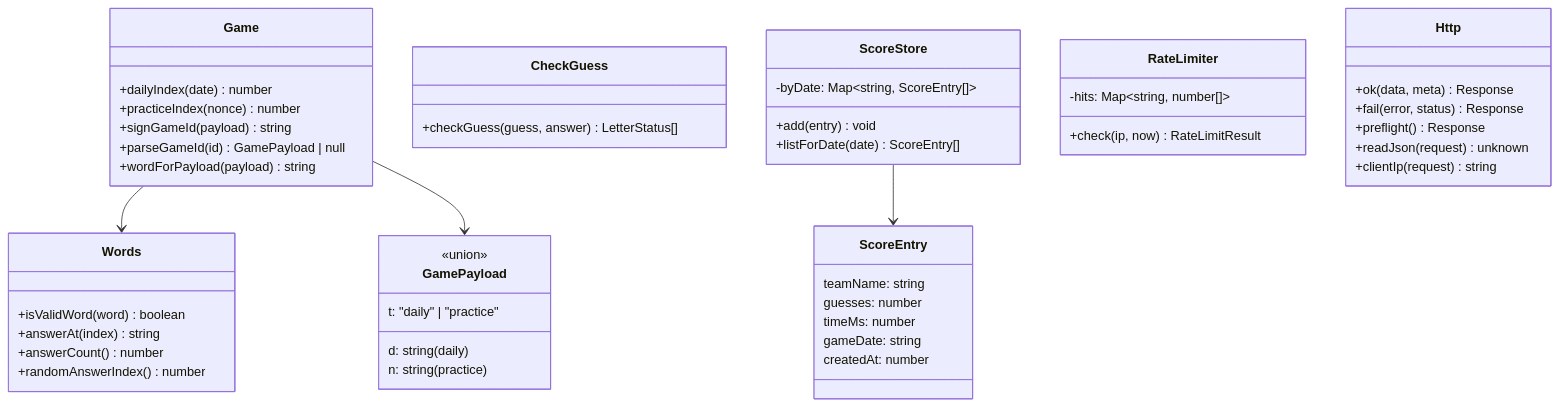
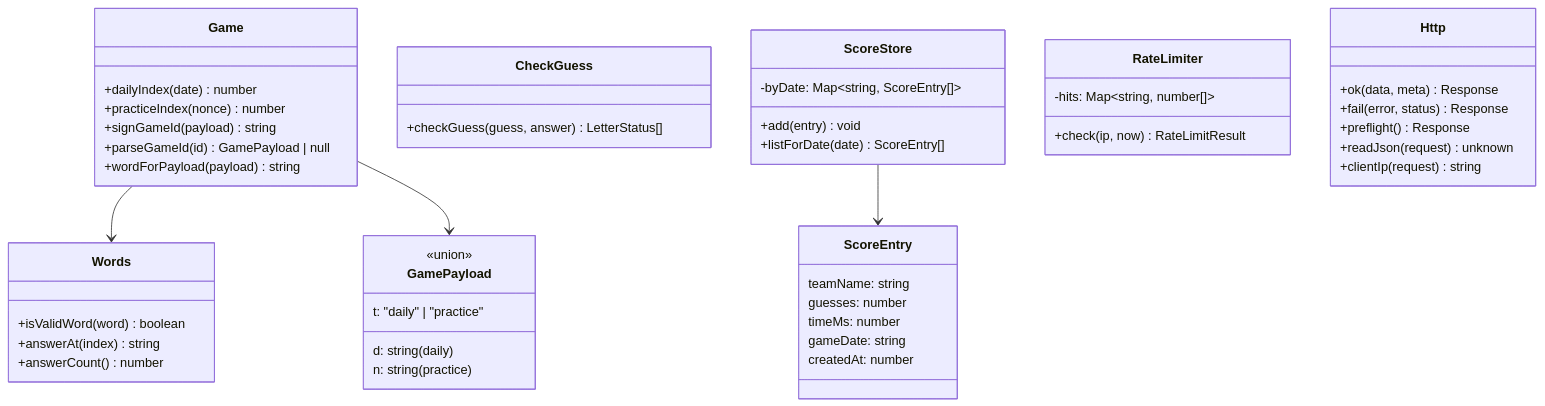
One commit to molindemol/sitWordleApi changed the diagram in specs/classDiagram.md. Above: the diagram before and after it, drawn with Mermaid. The commit also changed 3 other files, not shown here.

````diff
--- a/specs/classDiagram.md
+++ b/specs/classDiagram.md
@@ -3,51 +3,50 @@
 ```mermaid
 classDiagram
   class GamePayload {
     <<union>>
     t: "daily" | "practice"
     d: string (daily)
     n: string (practice)
   }
   class Game {
     +dailyIndex(date) number
     +practiceIndex(nonce) number
     +signGameId(payload) string
     +parseGameId(id) GamePayload | null
     +wordForPayload(payload) string
   }
   class Words {
     +isValidWord(word) boolean
     +answerAt(index) string
     +answerCount() number
-    +randomAnswerIndex() number
   }
   class CheckGuess {
     +checkGuess(guess, answer) LetterStatus[]
   }
   class ScoreEntry {
     teamName: string
     guesses: number
     timeMs: number
     gameDate: string
     createdAt: number
   }
   class ScoreStore {
     -byDate: Map~string, ScoreEntry[]~
     +add(entry) void
     +listForDate(date) ScoreEntry[]
   }
   class RateLimiter {
     -hits: Map~string, number[]~
     +check(ip, now) RateLimitResult
   }
   class Http {
     +ok(data, meta) Response
     +fail(error, status) Response
     +preflight() Response
     +readJson(request) unknown
     +clientIp(request) string
   }
   Game --> Words
   Game --> GamePayload
   ScoreStore --> ScoreEntry
 ```
````
